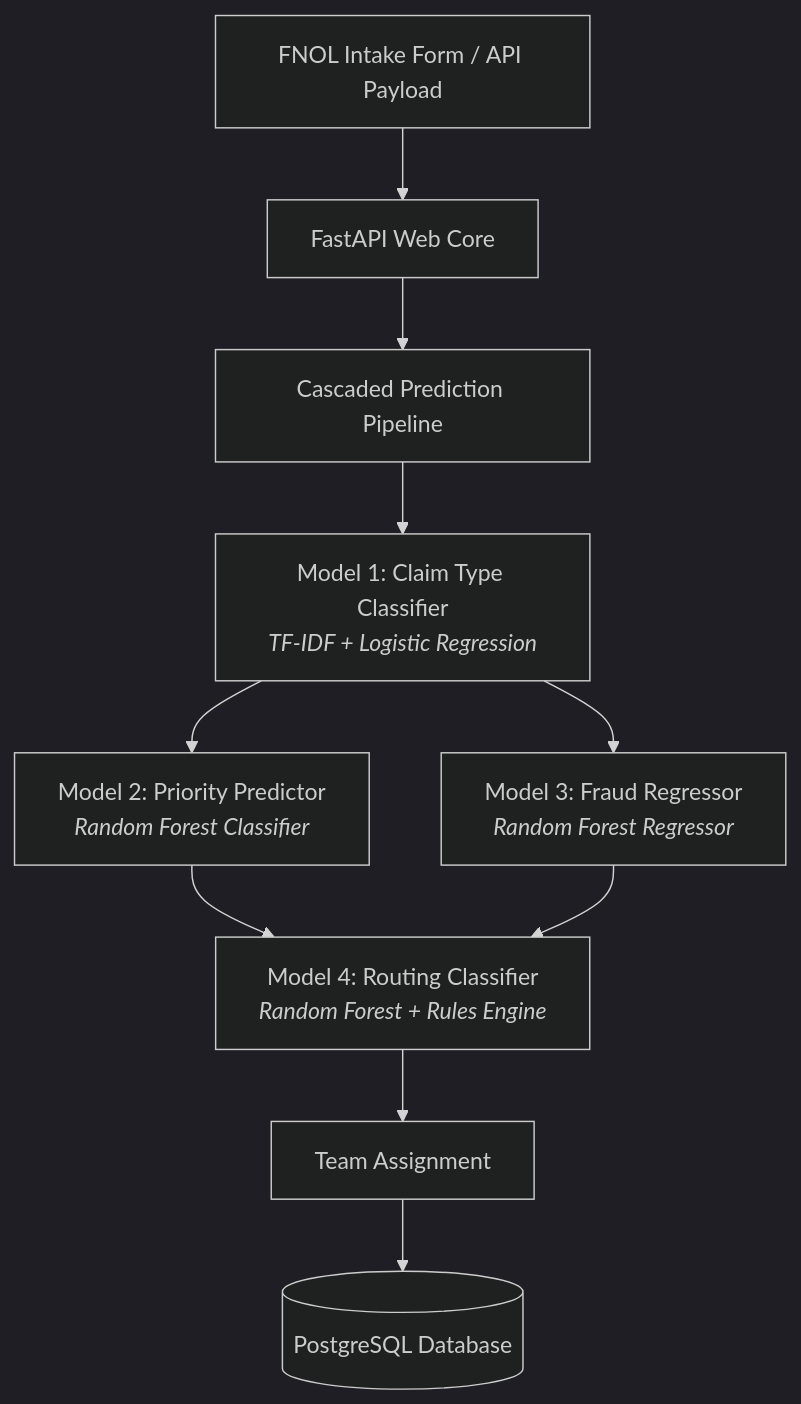
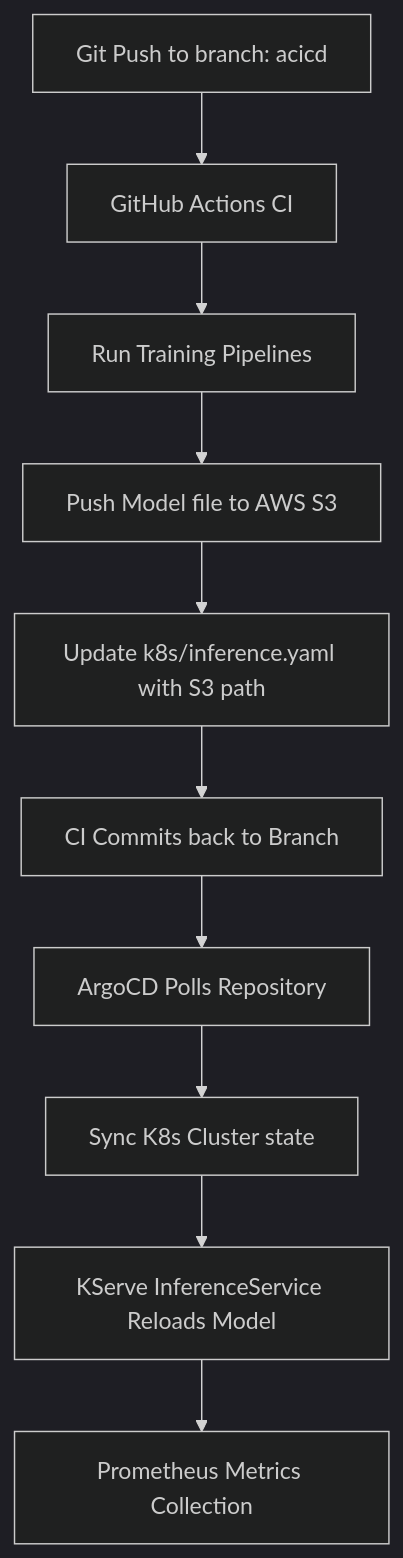
One commit to bittush8789/liberty-claims-router-mlops changed the diagram in README.md. Above: the diagram before and after it, drawn with Mermaid (dark theme). The commit also changed other lines of this file, not shown here.

Commit message:
Update README.md on branch acicd to document step-by-step MLOps task setup

````diff
--- a/README.md
+++ b/README.md
@@ -18,11 +14,12 @@
 ```mermaid
 flowchart TD
-    A[FNOL Intake Form / API Payload] --> B[FastAPI Web Core]
-    B --> C[Cascaded Prediction Pipeline]
-    C --> D[Model 1: Claim Type Classifier<br/><i>TF-IDF + Logistic Regression</i>]
-    D --> E[Model 2: Priority Predictor<br/><i>Random Forest Classifier</i>]
-    D --> F[Model 3: Fraud Regressor<br/><i>Random Forest Regressor</i>]
-    E & F --> G[Model 4: Routing Classifier<br/><i>Random Forest + Rules Engine</i>]
-    G --> H[Team Assignment]
-    H --> I[(PostgreSQL Database)]
+    A[Git Push to branch: acicd] --> B[GitHub Actions CI]
+    B --> C[Run Training Pipelines]
+    C --> D[Push Model file to AWS S3]
+    D --> E[Update k8s/inference.yaml with S3 path]
+    E --> F[CI Commits back to Branch]
+    F --> G[ArgoCD Polls Repository]
+    G --> H[Sync K8s Cluster state]
+    H --> I[KServe InferenceService Reloads Model]
+    I --> J[Prometheus Metrics Collection]
 ```
````
